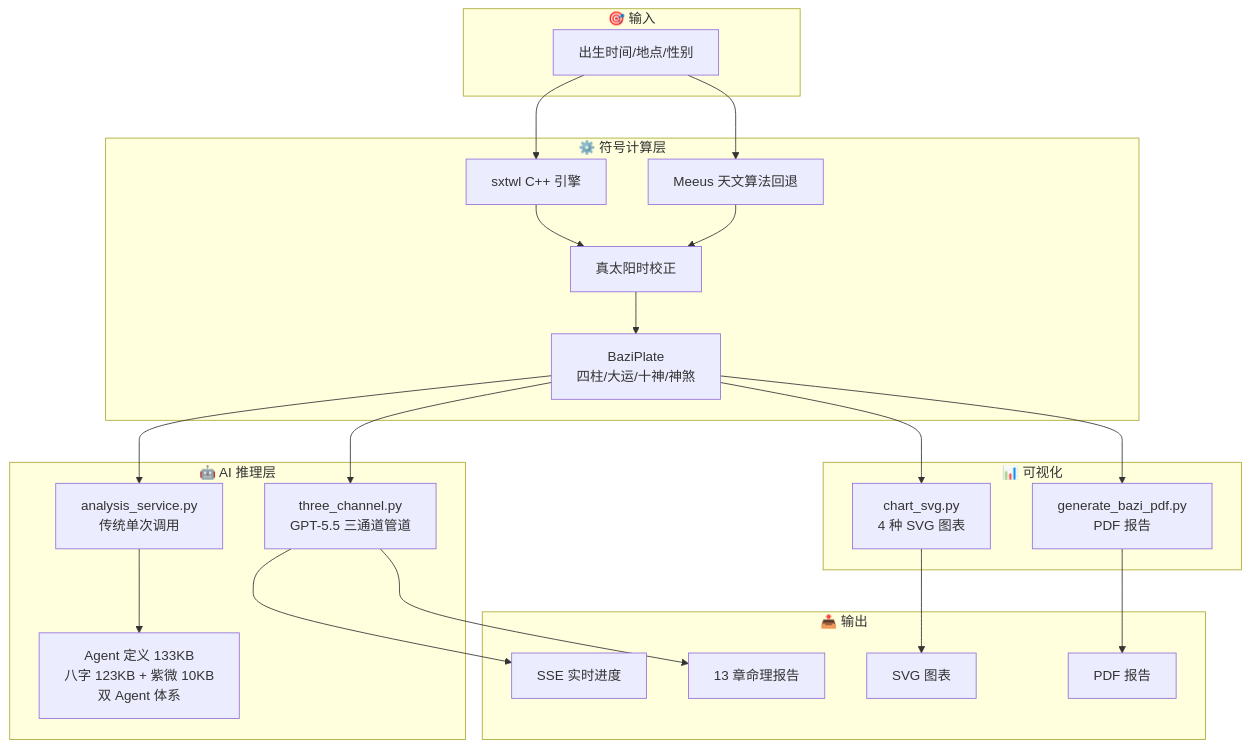
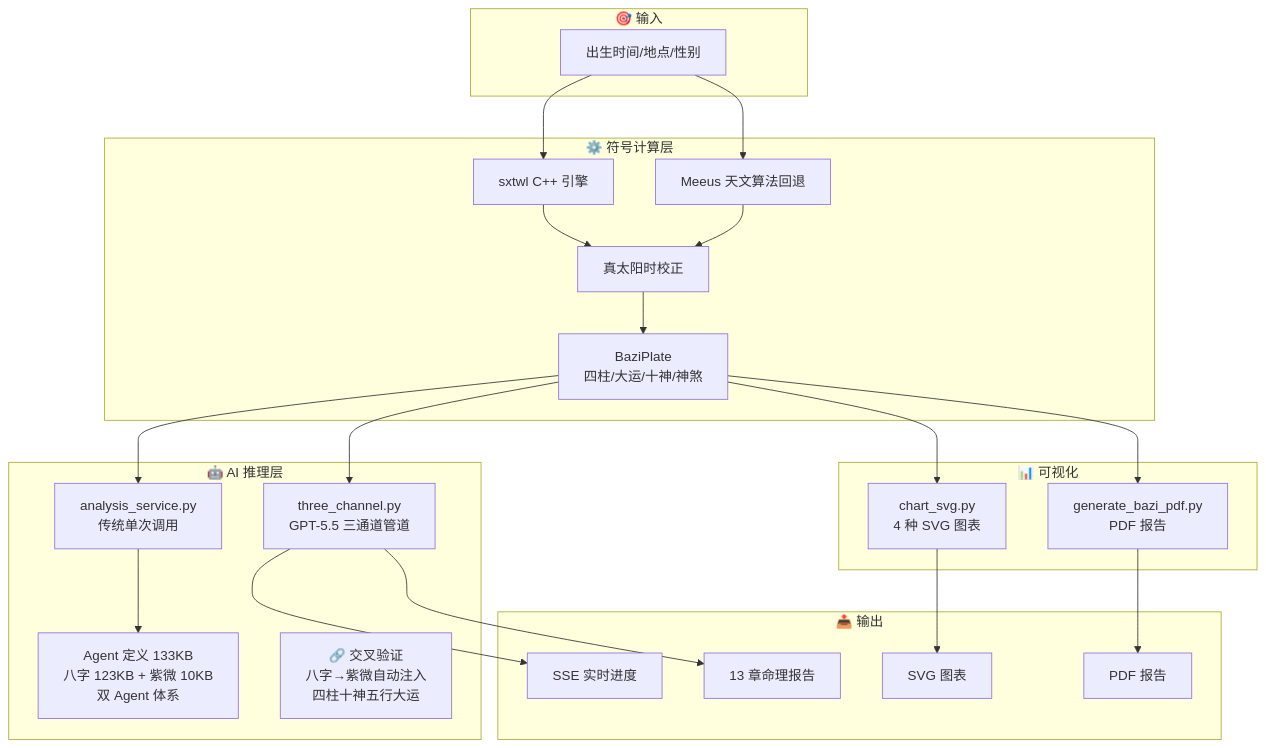
The first of 2 diagrams in README.md (TheWher/bazi-paipan), drawn with Mermaid before and after one commit. The commit also changed other lines of this file, not shown here.

Commit message:
docs: README更新 — 紫微v8+交叉验证+三层叠盘+三合四正

````diff
--- a/README.md
+++ b/README.md
@@ -112,46 +118,47 @@
 ```mermaid
 flowchart TB
     subgraph Input["🎯 输入"]
         A[出生时间/地点/性别]
     end
 
     subgraph Symbolic["⚙️ 符号计算层"]
         B[sxtwl C++ 引擎]
         C[Meeus 天文算法回退]
         D[真太阳时校正]
         E["BaziPlate<br/>四柱/大运/十神/神煞"]
     end
 
     subgraph Viz["📊 可视化"]
         F[chart_svg.py<br/>4 种 SVG 图表]
         G[generate_bazi_pdf.py<br/>PDF 报告]
     end
 
     subgraph AI["🤖 AI 推理层"]
         H[three_channel.py<br/>GPT-5.5 三通道管道]
         I[analysis_service.py<br/>传统单次调用]
         J["Agent 定义 133KB<br/>八字 123KB + 紫微 10KB<br/>双 Agent 体系"]
+        X["🔗 交叉验证<br/>八字→紫微自动注入<br/>四柱十神五行大运"]
     end
 
     subgraph Output["📤 输出"]
         K[SSE 实时进度]
         L[13 章命理报告]
         M[SVG 图表]
         N[PDF 报告]
     end
 
     A --> B
     A --> C
     B --> D
     C --> D
     D --> E
     E --> F
     E --> G
     E --> H
     E --> I
     I --> J
     H --> K
     H --> L
     F --> M
     G --> N
 ```
````
